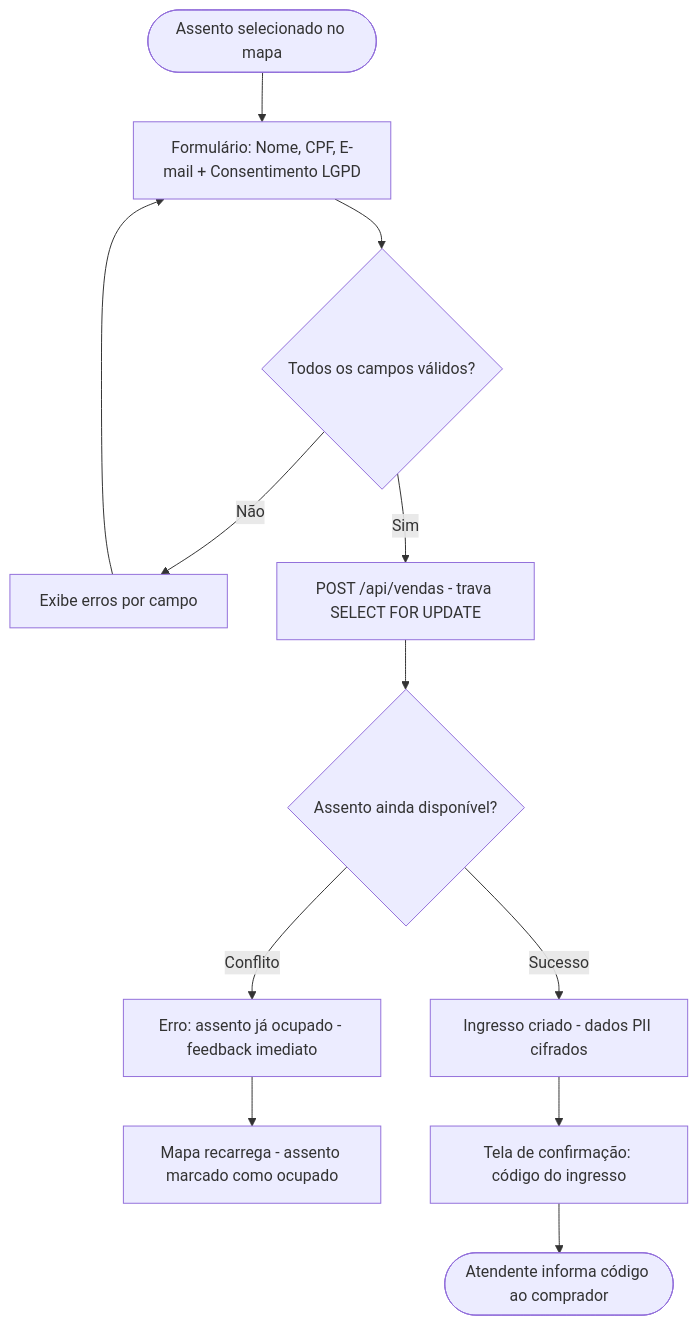
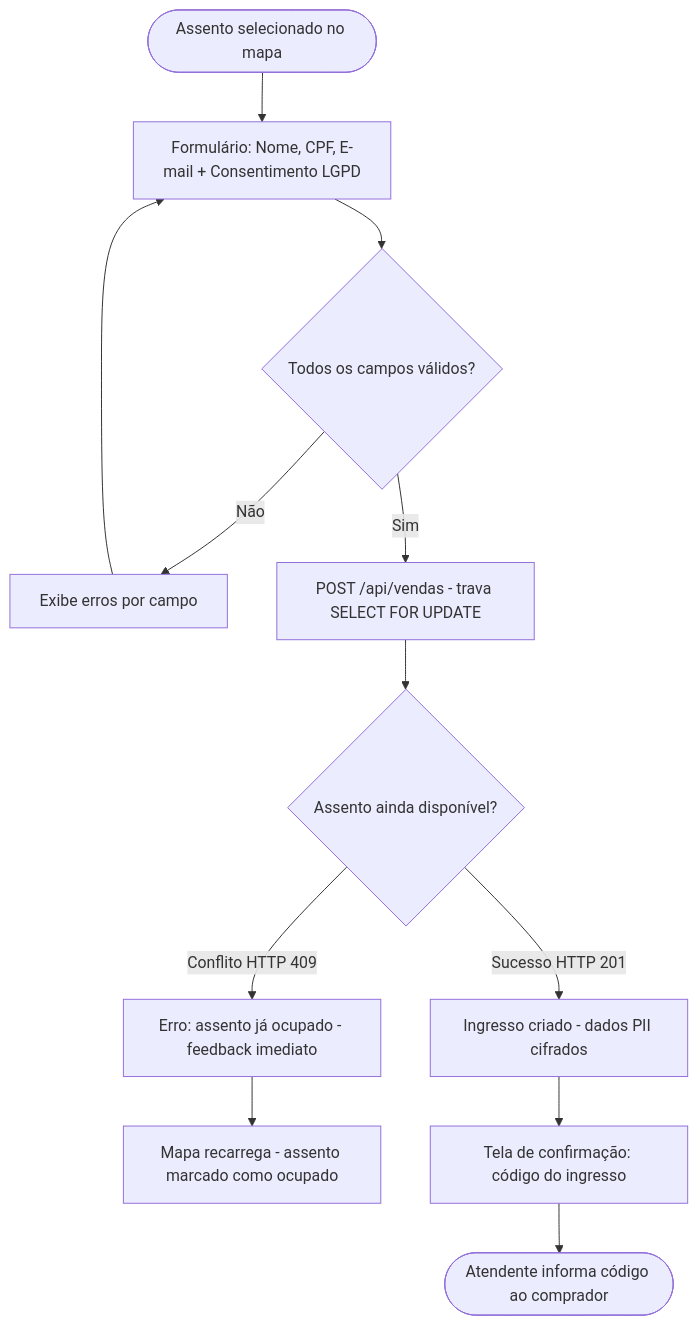
Before and after one commit to CINESOFT-SOLUTIONS/manual-processos-software: the third of 11 diagrams in specs/architecture/ux-design.md, drawn with Mermaid. The commit also changed other lines of this file and 16 other files, not shown here.

````diff
--- a/specs/architecture/ux-design.md
+++ b/specs/architecture/ux-design.md
@@ -62,14 +60,14 @@
 ```mermaid
 flowchart TD
     A([Assento selecionado no mapa]) --> B[Formulário: Nome, CPF, E-mail + Consentimento LGPD]
     B --> C{Todos os campos válidos?}
     C -- Não --> D[Exibe erros por campo]
     D --> B
     C -- Sim --> E[POST /api/vendas - trava SELECT FOR UPDATE]
     E --> F{Assento ainda disponível?}
-    F -- Conflito --> G[Erro: assento já ocupado - feedback imediato]
+    F -- Conflito HTTP 409 --> G[Erro: assento já ocupado - feedback imediato]
     G --> H[Mapa recarrega - assento marcado como ocupado]
-    F -- Sucesso --> I[Ingresso criado - dados PII cifrados]
+    F -- Sucesso HTTP 201 --> I[Ingresso criado - dados PII cifrados]
     I --> J[Tela de confirmação: código do ingresso]
     J --> K([Atendente informa código ao comprador])
 ```
````
